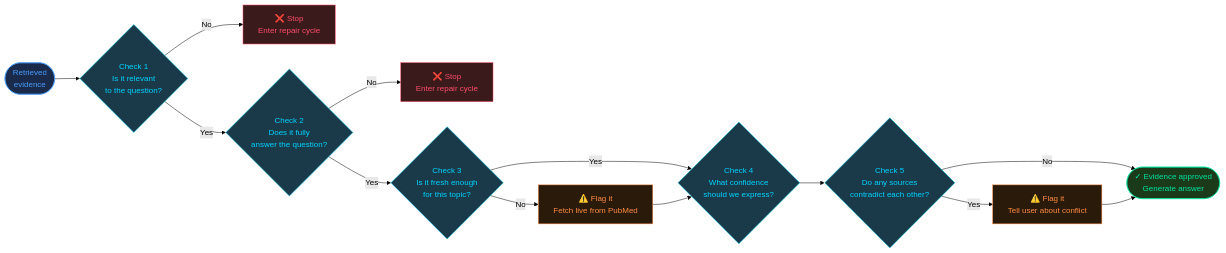
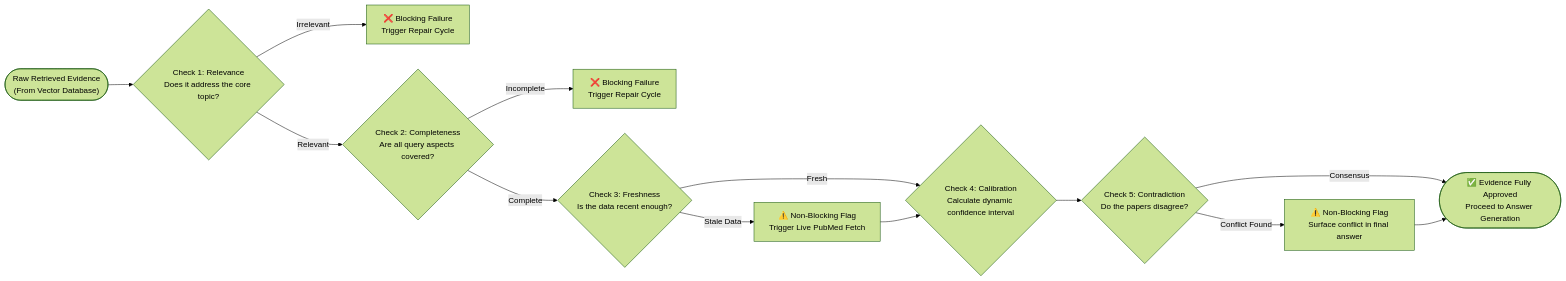
The sixth of 8 diagrams in README.md (pavan939111/SelfLearning_Rag), drawn with Mermaid (forest theme) before and after one commit. The commit also changed other lines of this file and 1 other file, not shown here.

Commit message:
docs: redesign mermaid diagrams for better colors and missing information

````diff
--- a/README.md
+++ b/README.md
@@ -198,39 +165,27 @@
 ```mermaid
 flowchart LR
-    IN(["Retrieved\nevidence"]) --> C1
+    IN(["Raw Retrieved Evidence\n(From Vector Database)"]) --> C1
 
-    C1{"Check 1\nIs it relevant\nto the question?"}
-    C1 -->|No| STOP1["❌ Stop\nEnter repair cycle"]
-    C1 -->|Yes| C2
+    C1{"Check 1: Relevance\nDoes it address the core topic?"}
+    C1 -->|"Irrelevant"| STOP1["❌ Blocking Failure\nTrigger Repair Cycle"]
+    C1 -->|"Relevant"| C2
 
-    C2{"Check 2\nDoes it fully\nanswer the question?"}
-    C2 -->|No| STOP2["❌ Stop\nEnter repair cycle"]
-    C2 -->|Yes| C3
+    C2{"Check 2: Completeness\nAre all query aspects covered?"}
+    C2 -->|"Incomplete"| STOP2["❌ Blocking Failure\nTrigger Repair Cycle"]
+    C2 -->|"Complete"| C3
 
-    C3{"Check 3\nIs it fresh enough\nfor this topic?"}
-    C3 -->|No| FLAG1["⚠️ Flag it\nFetch live from PubMed"]
-    C3 -->|Yes| C4
+    C3{"Check 3: Freshness\nIs the data recent enough?"}
+    C3 -->|"Stale Data"| FLAG1["⚠️ Non-Blocking Flag\nTrigger Live PubMed Fetch"]
+    C3 -->|"Fresh"| C4
     FLAG1 --> C4
 
-    C4{"Check 4\nWhat confidence\nshould we express?"}
+    C4{"Check 4: Calibration\nCalculate dynamic confidence interval"}
     C4 --> C5
 
-    C5{"Check 5\nDo any sources\ncontradict each other?"}
-    C5 -->|Yes| FLAG2["⚠️ Flag it\nTell user about conflict"]
-    C5 -->|No| OUT
+    C5{"Check 5: Contradiction\nDo the papers disagree?"}
+    C5 -->|"Conflict Found"| FLAG2["⚠️ Non-Blocking Flag\nSurface conflict in final answer"]
+    C5 -->|"Consensus"| OUT
     FLAG2 --> OUT
 
-    OUT(["✓ Evidence approved\nGenerate answer"])
-
-    style IN fill:#1a2a4a,stroke:#4a9eff,color:#4a9eff
-    style C1 fill:#1a3a4a,stroke:#00d4ff,color:#00d4ff
-    style C2 fill:#1a3a4a,stroke:#00d4ff,color:#00d4ff
-    style C3 fill:#1a3a4a,stroke:#00d4ff,color:#00d4ff
-    style C4 fill:#1a3a4a,stroke:#00d4ff,color:#00d4ff
-    style C5 fill:#1a3a4a,stroke:#00d4ff,color:#00d4ff
-    style STOP1 fill:#3a1a1a,stroke:#ff4d6d,color:#ff4d6d
-    style STOP2 fill:#3a1a1a,stroke:#ff4d6d,color:#ff4d6d
-    style FLAG1 fill:#2a1a0a,stroke:#ff8c42,color:#ff8c42
-    style FLAG2 fill:#2a1a0a,stroke:#ff8c42,color:#ff8c42
-    style OUT fill:#1a3a1a,stroke:#00e5a0,color:#00e5a0
+    OUT(["✅ Evidence Fully Approved\nProceed to Answer Generation"])
 ```
````
